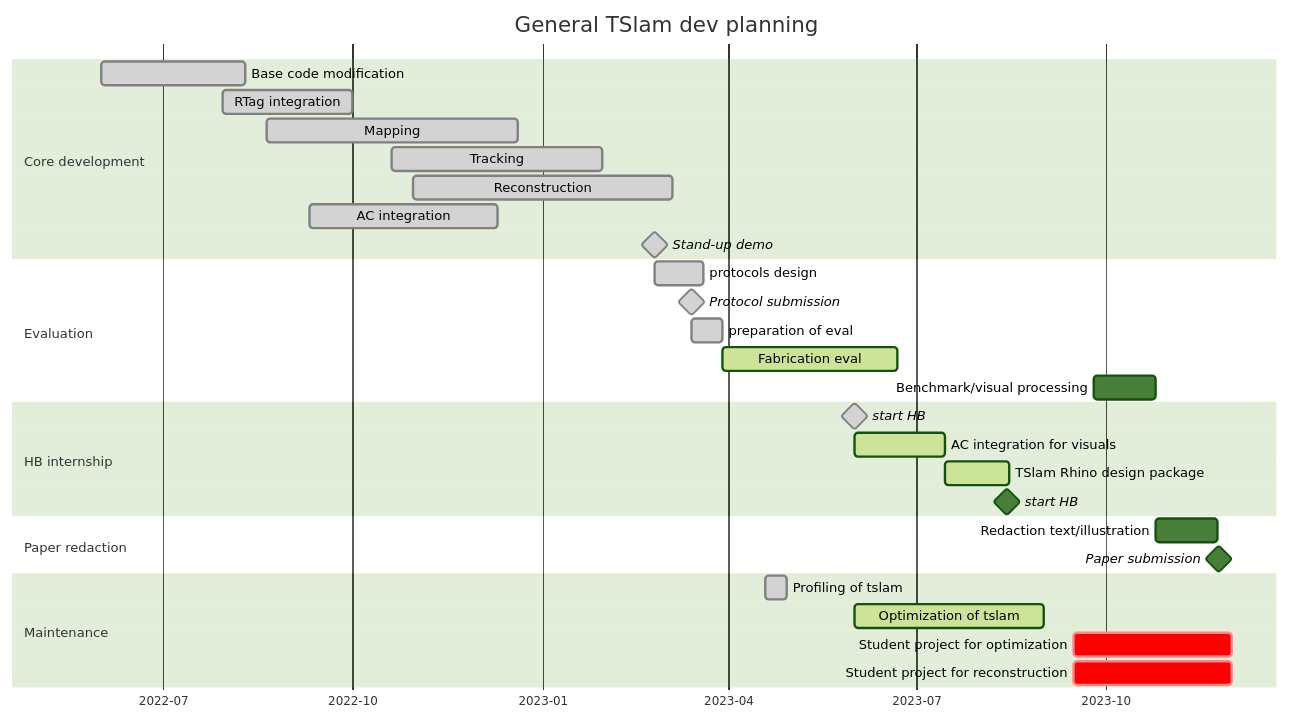
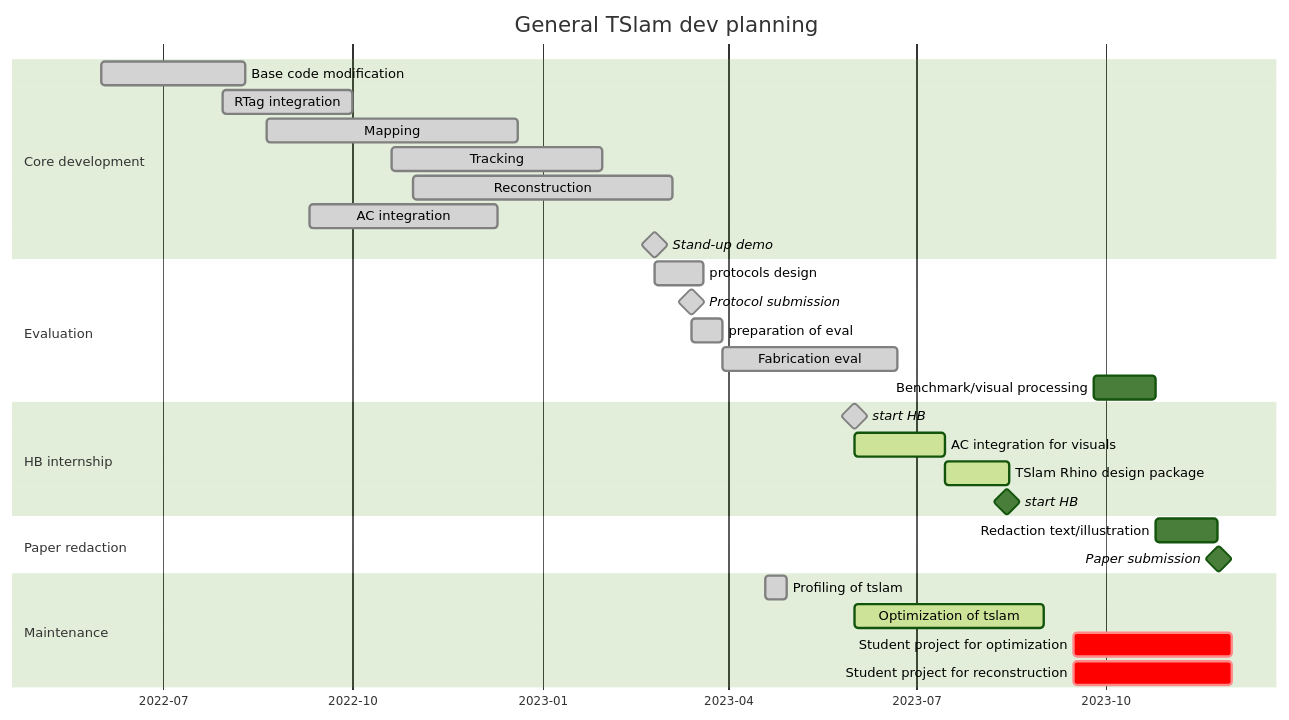
Before and after one commit to ibois-epfl/TSlam: the diagram in README.md, drawn with Mermaid (forest theme).

Commit message:
ADD: update planning [no ci]

````diff
--- a/README.md
+++ b/README.md
@@ -10,38 +10,38 @@
 ```mermaid
 gantt
     dateFormat  YYYY-MM-DD
     title       General TSlam dev planning
     axisFormat %Y-%m
 
     section Core development
     Base code modification          :done, ucm, 2022-06-01, 2022-08-10
     RTag integration                :done, rti, 2022-07-30, 2022-10-01
     Mapping                         :done, map, 2022-08-20, 2022-12-20
     Tracking                        :done, trck, 2022-10-20, 2023-01-30
     Reconstruction                  :done, rec, 2022-10-30, 2023-03-05
     AC integration                  :done, aci, 2022-09-10, 2022-12-10
     Stand-up demo                   :milestone, done, 2023-02-24, 0d
 
     section Evaluation
     protocols design                :done, ptrd, 2023-02-24, 2023-03-20
     Protocol submission             :milestone, done, 2023-03-14, 0d
     preparation of eval             :done, 15d
-    Fabrication eval                :active, 85d
+    Fabrication eval                :done, 85d
     Benchmark/visual processing     :bvpr, 2023-09-25, 30d
     
     section HB internship
     start HB                        :milestone, done, 2023-06-01,
     AC integration for visuals      :active,2023-06-01, 2023-07-15
     TSlam Rhino design package      :active, 2023-07-15, 2023-08-15
     start HB                        :milestone, 2023-08-14,
 
     section Paper redaction
     Redaction text/illustration     :pprd, after bvpr, 30d
     Paper submission                :milestone, after pprd, 1d
     
     section Maintenance
     Profiling of tslam                  :done, opti, 2023-04-19, 10d
     Optimization of tslam               :active, 2023-06-01, 2023-09-01
     Student project for optimization    :crit, 90d, 2023-09-15, 2023-12-01
     Student project for reconstruction  :crit, 90d, 2023-09-15, 2023-12-01
 ```
````
